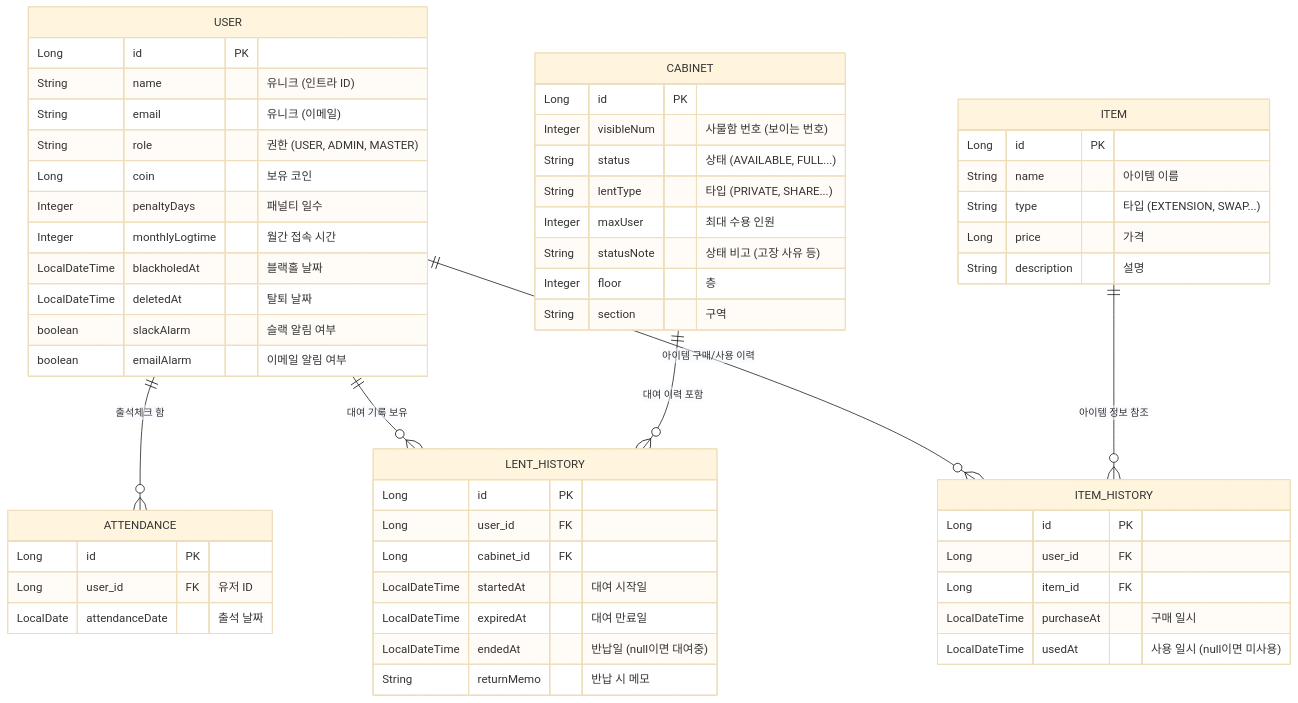
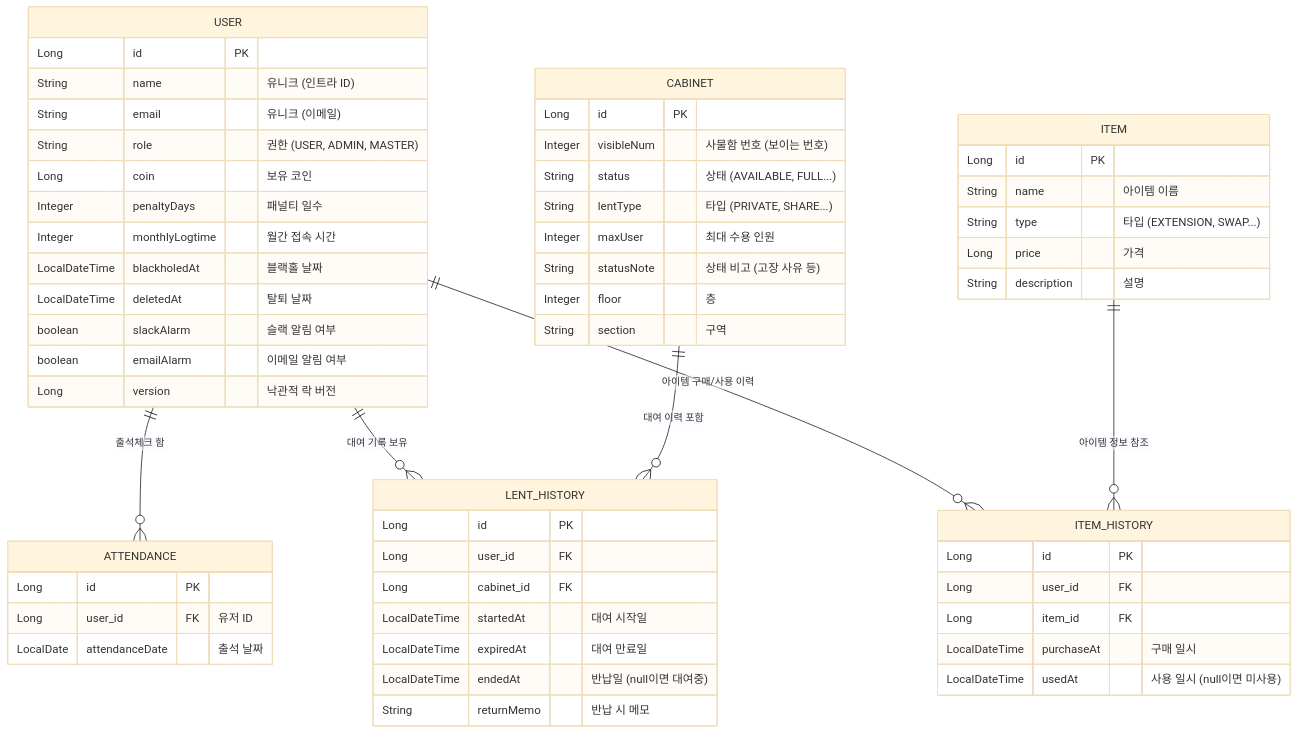
Before and after one commit to farmer0010/ft_transcendence: the third of 7 diagrams in backend/README.md, drawn with Mermaid (base theme). The commit also changed other lines of this file, not shown here.

````diff
--- a/backend/README.md
+++ b/backend/README.md
@@ -220,75 +221,76 @@
 ```mermaid
 erDiagram
     %% -------------------------------------------------------------------------------------
     %% 관계 (Relationships) - 한글화
     %% -------------------------------------------------------------------------------------
     
     USER ||--o{ ATTENDANCE : "출석체크 함"
     USER ||--o{ LENT_HISTORY : "대여 기록 보유"
     USER ||--o{ ITEM_HISTORY : "아이템 구매/사용 이력"
     
     CABINET ||--o{ LENT_HISTORY : "대여 이력 포함"
     
     ITEM ||--o{ ITEM_HISTORY : "아이템 정보 참조"
 
     %% -------------------------------------------------------------------------------------
     %% 엔티티 정의 (Entity Definitions)
     %% -------------------------------------------------------------------------------------
 
     USER {
         Long id PK
         String name "유니크 (인트라 ID)"
         String email "유니크 (이메일)"
         String role "권한 (USER, ADMIN, MASTER)"
         Long coin "보유 코인"
         Integer penaltyDays "패널티 일수"
         Integer monthlyLogtime "월간 접속 시간"
         LocalDateTime blackholedAt "블랙홀 날짜"
         LocalDateTime deletedAt "탈퇴 날짜"
         boolean slackAlarm "슬랙 알림 여부"
         boolean emailAlarm "이메일 알림 여부"
+        Long version "낙관적 락 버전"
     }
 
     ATTENDANCE {
         Long id PK
         Long user_id FK "유저 ID"
         LocalDate attendanceDate "출석 날짜"
     }
 
     LENT_HISTORY {
         Long id PK
         Long user_id FK
         Long cabinet_id FK
         LocalDateTime startedAt "대여 시작일"
         LocalDateTime expiredAt "대여 만료일"
         LocalDateTime endedAt "반납일 (null이면 대여중)"
         String returnMemo "반납 시 메모"
     }
 
     CABINET {
         Long id PK
         Integer visibleNum "사물함 번호 (보이는 번호)"
         String status "상태 (AVAILABLE, FULL...)"
         String lentType "타입 (PRIVATE, SHARE...)"
         Integer maxUser "최대 수용 인원"
         String statusNote "상태 비고 (고장 사유 등)"
         Integer floor "층"
         String section "구역"
     }
 
     ITEM {
         Long id PK
         String name "아이템 이름"
         String type "타입 (EXTENSION, SWAP...)"
         Long price "가격"
         String description "설명"
     }
 
     ITEM_HISTORY {
         Long id PK
         Long user_id FK
         Long item_id FK
         LocalDateTime purchaseAt "구매 일시"
         LocalDateTime usedAt "사용 일시 (null이면 미사용)"
     }
 ```
````
